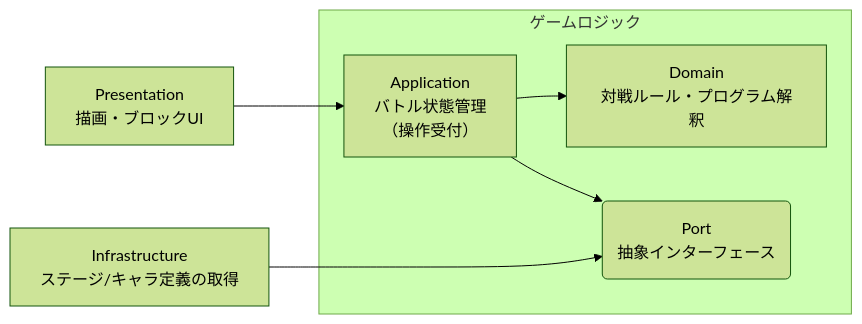
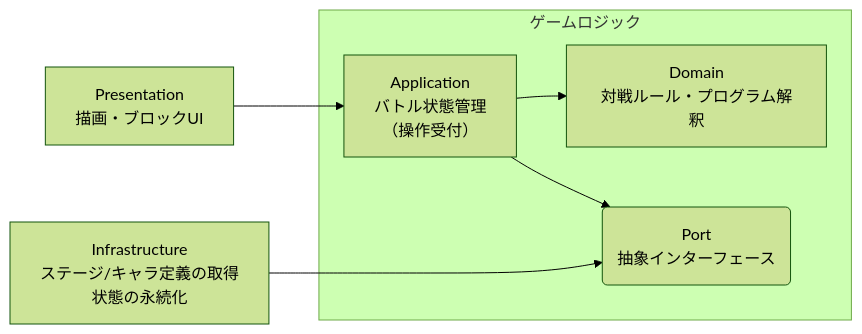
The diagram in docs/design/architecture.md (okmethod/programming-boy-advance), drawn with Mermaid (forest theme) before and after one commit. The commit also changed other lines of this file and 17 other files, not shown here.

````diff
--- a/docs/design/architecture.md
+++ b/docs/design/architecture.md
@@ -41,15 +41,15 @@
 ```mermaid
 graph LR
     subgraph Core[ゲームロジック]
         D[Domain<br>対戦ルール・プログラム解釈]
         A[Application<br>バトル状態管理<br>（操作受付）]
         IP(Port<br>抽象インターフェース)
     end
     P[Presentation<br>描画・ブロックUI]
-    I[Infrastructure<br>ステージ/キャラ定義の取得]
+    I[Infrastructure<br>ステージ/キャラ定義の取得<br>状態の永続化]
 
     P --> A
     A --> D
     A --> IP
     I ---> IP
 ```
````
